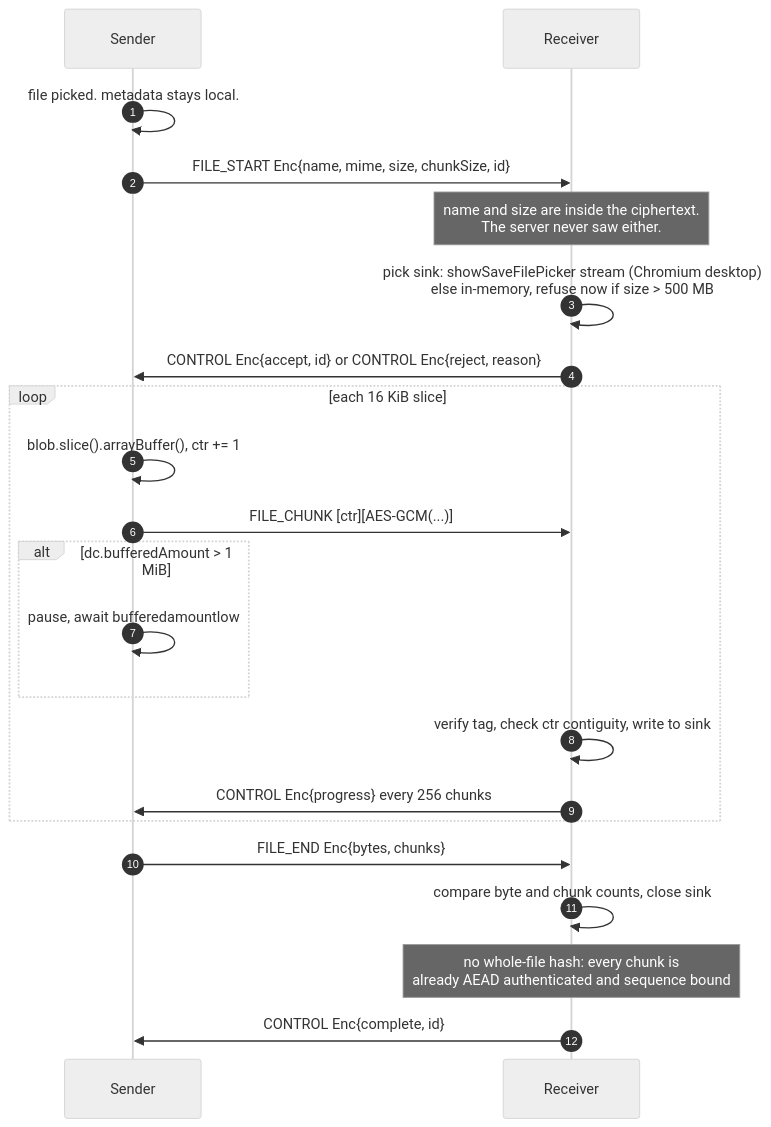
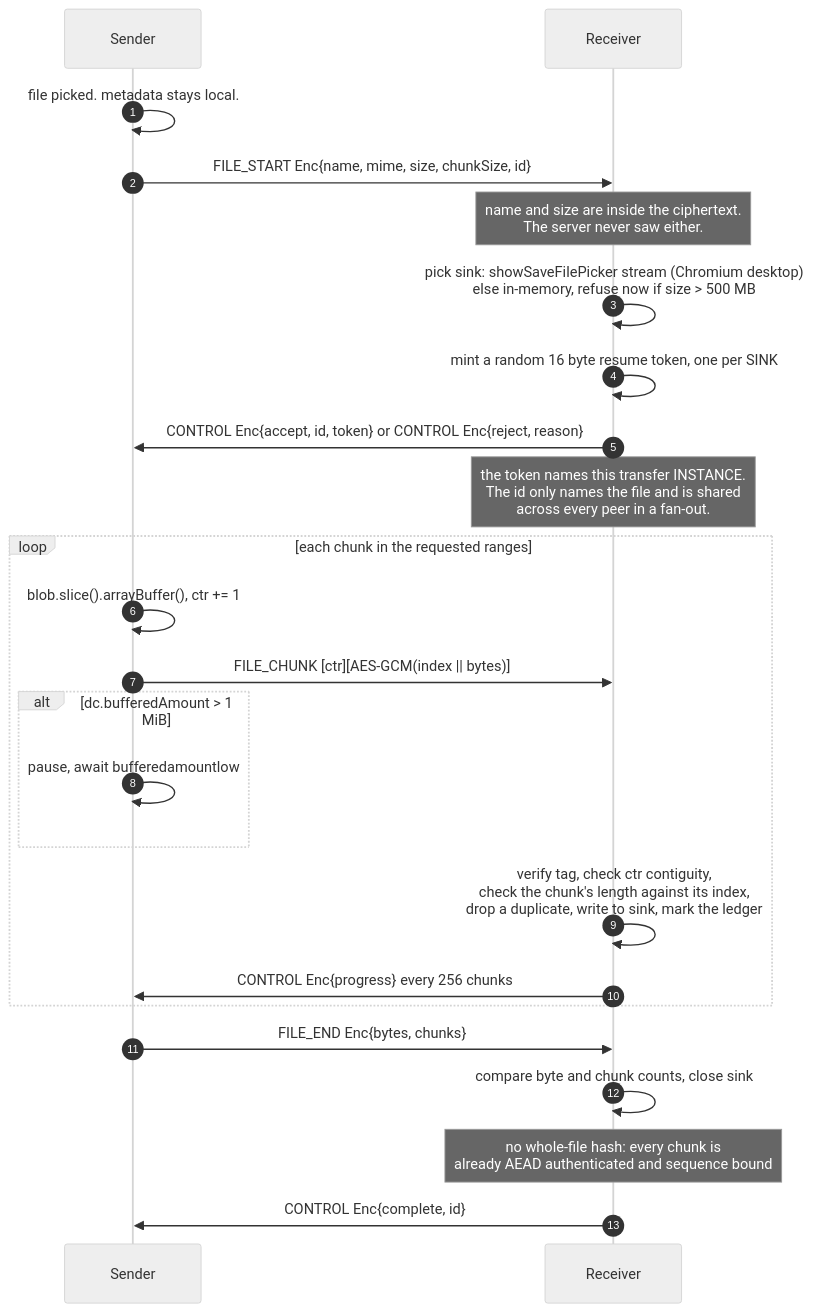
The fourth of 6 diagrams in DESIGN.md (Fysh-ball/warp-gate), drawn with Mermaid (neutral theme) before and after one commit. The commit also changed other lines of this file and 61 other files, not shown here.

First line of the commit message:
Wordcode gate codes, chunk-level transfer resume, landing and gate redesign

````diff
--- a/DESIGN.md
+++ b/DESIGN.md
@@ -518,24 +767,26 @@
 ```mermaid
 sequenceDiagram
     autonumber
     participant A as Sender
     participant B as Receiver
     A->>A: file picked. metadata stays local.
     A->>B: FILE_START  Enc{name, mime, size, chunkSize, id}
     Note over B: name and size are inside the ciphertext.<br/>The server never saw either.
     B->>B: pick sink: showSaveFilePicker stream (Chromium desktop)<br/>else in-memory, refuse now if size > 500 MB
-    B->>A: CONTROL Enc{accept, id} or CONTROL Enc{reject, reason}
-    loop each 16 KiB slice
+    B->>B: mint a random 16 byte resume token, one per SINK
+    B->>A: CONTROL Enc{accept, id, token} or CONTROL Enc{reject, reason}
+    Note over B: the token names this transfer INSTANCE.<br/>The id only names the file and is shared<br/>across every peer in a fan-out.
+    loop each chunk in the requested ranges
         A->>A: blob.slice().arrayBuffer(), ctr += 1
-        A->>B: FILE_CHUNK [ctr][AES-GCM(...)]
+        A->>B: FILE_CHUNK [ctr][AES-GCM(index || bytes)]
         alt dc.bufferedAmount > 1 MiB
             A->>A: pause, await bufferedamountlow
         end
-        B->>B: verify tag, check ctr contiguity, write to sink
+        B->>B: verify tag, check ctr contiguity,<br/>check the chunk's length against its index,<br/>drop a duplicate, write to sink, mark the ledger
         B->>A: CONTROL Enc{progress} every 256 chunks
     end
     A->>B: FILE_END Enc{bytes, chunks}
     B->>B: compare byte and chunk counts, close sink
     Note over B: no whole-file hash: every chunk is<br/>already AEAD authenticated and sequence bound
     B->>A: CONTROL Enc{complete, id}
 ```
````
